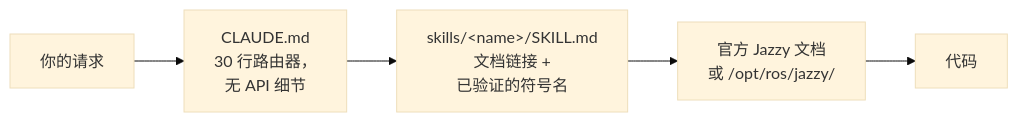
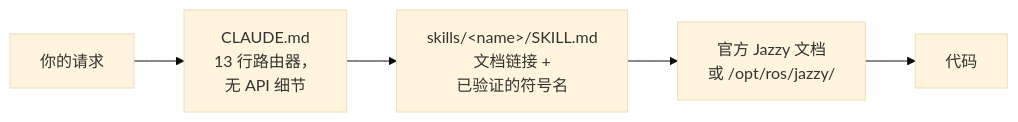
The diagram in README.zh.md (Leehyunbin0131/claude-ros2-skills), drawn with Mermaid (base theme) before and after one commit. The commit also changed other lines of this file and 27 other files, not shown here.

````diff
--- a/README.zh.md
+++ b/README.zh.md
@@ -145,7 +145,7 @@
 ```mermaid
 flowchart LR
-    A["你的请求"] --> B["CLAUDE.md<br/>30 行路由器，<br/>无 API 细节"]
+    A["你的请求"] --> B["CLAUDE.md<br/>13 行路由器，<br/>无 API 细节"]
     B --> C["skills/&lt;name&gt;/SKILL.md<br/>文档链接 +<br/>已验证的符号名"]
     C --> D["官方 Jazzy 文档<br/>或 /opt/ros/jazzy/"]
     D --> E["代码"]
 ```
````
